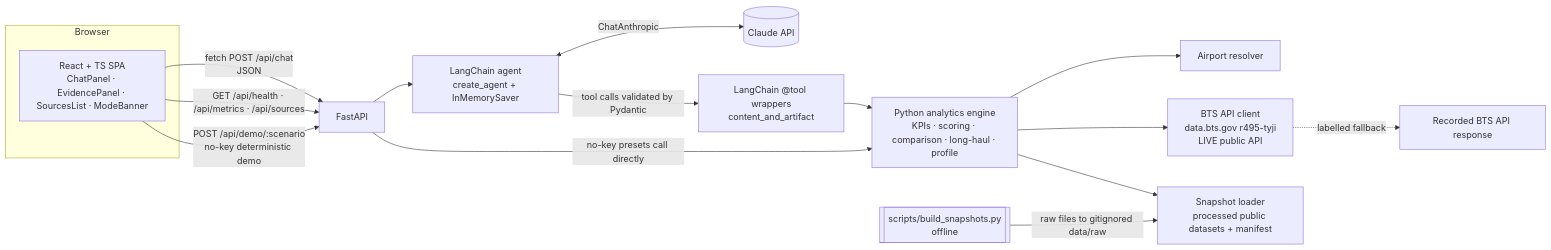
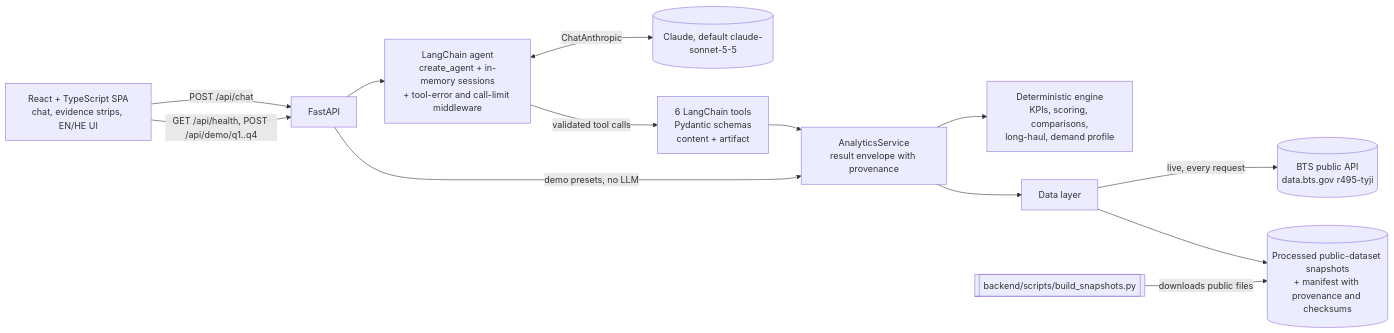
The diagram in architecture.md (AvivAsulin7/Airport-Investment-Intelligence-Agent), drawn with Mermaid before and after one commit. The commit also changed other lines of this file and 24 other files, not shown here.

Commit message:
Finalize Airport Investment Intelligence Agent

````diff
--- a/architecture.md
+++ b/architecture.md
@@ -81,19 +14,15 @@
 ```mermaid
 flowchart LR
-  subgraph Browser
-    UI[React + TS SPA\nChatPanel · EvidencePanel · SourcesList · ModeBanner]
-  end
-  UI -->|fetch POST /api/chat\nJSON| API[FastAPI]
-  UI -->|GET /api/health · /api/metrics · /api/sources| API
-  UI -->|POST /api/demo/:scenario\nno-key deterministic demo| API
-  API --> AG[LangChain agent\ncreate_agent + InMemorySaver]
-  AG <-->|ChatAnthropic| LLM[(Claude API)]
-  AG -->|tool calls validated by Pydantic| TOOLS[LangChain @tool wrappers\ncontent_and_artifact]
-  API -->|no-key presets call directly| ENG
-  TOOLS --> ENG[Python analytics engine\nKPIs · scoring · comparison · long-haul · profile]
-  ENG --> RES[Airport resolver]
-  ENG --> BTS[BTS API client\ndata.bts.gov r495-tyji\nLIVE public API]
-  ENG --> SNAP[Snapshot loader\nprocessed public datasets + manifest]
-  BTS -.labelled fallback.-> REC[Recorded BTS API response]
-  BUILD[[scripts/build_snapshots.py\noffline]] -->|raw files to gitignored data/raw| SNAP
+  UI[React + TypeScript SPA\nchat, evidence strips, EN/HE UI] -->|POST /api/chat| API[FastAPI]
+  UI -->|GET /api/health, POST /api/demo/q1..q4| API
+  API --> AG[LangChain agent\ncreate_agent + in-memory sessions\n+ tool-error and call-limit middleware]
+  AG <-->|ChatAnthropic| LLM[(Claude, default claude-sonnet-5-5)]
+  AG -->|validated tool calls| TOOLS[6 LangChain tools\nPydantic schemas\ncontent + artifact]
+  API -->|demo presets, no LLM| SVC
+  TOOLS --> SVC[AnalyticsService\nresult envelope with provenance]
+  SVC --> ENG[Deterministic engine\nKPIs, scoring, comparisons,\nlong-haul, demand profile]
+  SVC --> DATA[Data layer]
+  DATA -->|live, every request| BTS[(BTS public API\ndata.bts.gov r495-tyji)]
+  DATA --> SNAP[(Processed public-dataset snapshots\n+ manifest with provenance and checksums)]
+  BUILD[[backend/scripts/build_snapshots.py]] -->|downloads public files| SNAP
 ```
````
